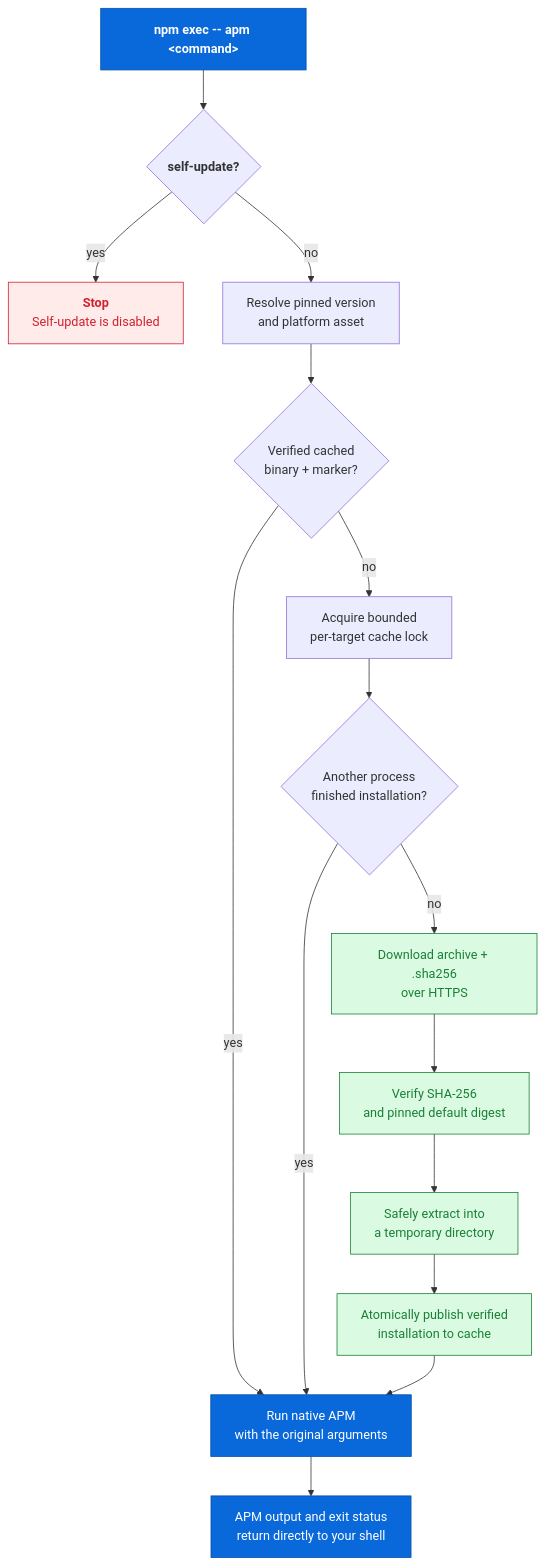
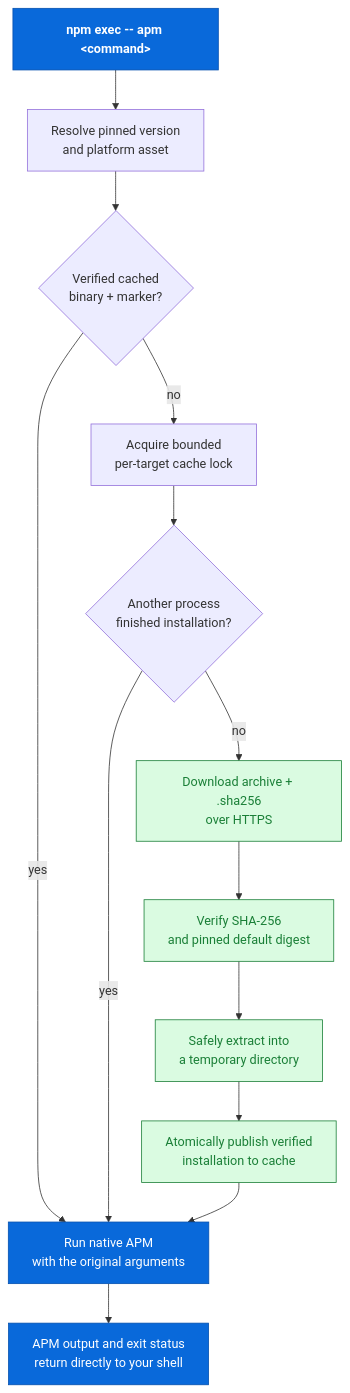
One commit to mgrilec-vibe/microsoft-apm-npm changed the diagram in README.md. Above: the diagram before and after it, drawn with Mermaid.

Commit message:
docs(readme): drop self-update guard from flow graph
The self-update rejection lives in the launcher and is documented in the
step-by-step list; the graph only needs to show the install/execute path.

````diff
--- a/README.md
+++ b/README.md
@@ -65,25 +65,21 @@
 ```mermaid
 flowchart TD
-    command["<b>npm exec -- apm &lt;command&gt;</b>"] --> guard{"<b>self-update?</b>"}
-    guard -->|yes| blocked["<b>Stop</b><br/>Self-update is disabled"]
-    guard -->|no| target["Resolve pinned version<br/>and platform asset"]
+    command["<b>npm exec -- apm &lt;command&gt;</b>"] --> target["Resolve pinned version<br/>and platform asset"]
     target --> cached{"Verified cached<br/>binary + marker?"}
 
     cached -->|yes| execute["Run native APM<br/>with the original arguments"]
     cached -->|no| lock["Acquire bounded<br/>per-target cache lock"]
     lock --> recheck{"Another process<br/>finished installation?"}
     recheck -->|yes| execute
     recheck -->|no| fetch["Download archive + .sha256<br/>over HTTPS"]
     fetch --> verify["Verify SHA-256<br/>and pinned default digest"]
     verify --> extract["Safely extract into<br/>a temporary directory"]
     extract --> publish["Atomically publish verified<br/>installation to cache"]
     publish --> execute
     execute --> result["APM output and exit status<br/>return directly to your shell"]
 
     classDef primary fill:#0969da,color:#fff,stroke:#0550ae;
     classDef secure fill:#dafbe1,color:#1a7f37,stroke:#1a7f37;
-    classDef warning fill:#ffebe9,color:#cf222e,stroke:#cf222e;
     class command,execute,result primary;
     class fetch,verify,extract,publish secure;
-    class blocked warning;
 ```
````
